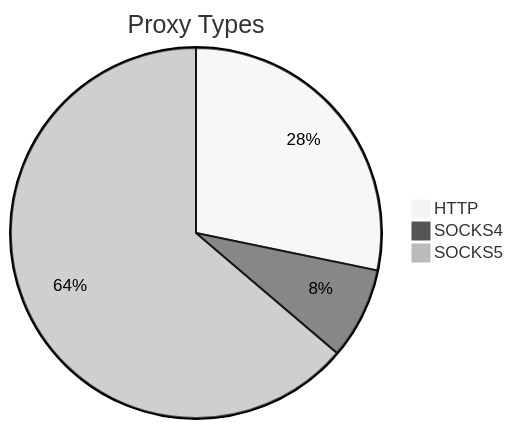
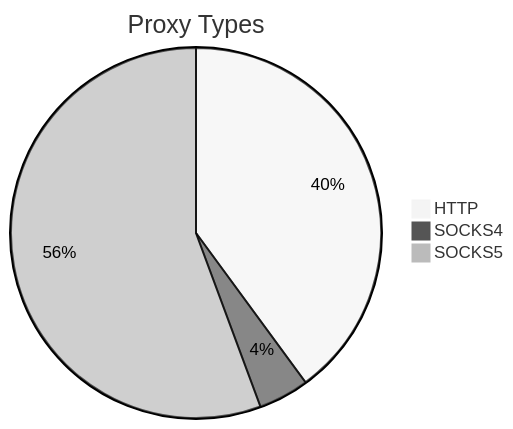
Before and after one commit to stormsia/proxy-list: the first of 2 diagrams in README.md, drawn with Mermaid (neutral theme). The commit also changed other lines of this file, not shown here.

````diff
--- a/README.md
+++ b/README.md
@@ -21,6 +21,6 @@
 ```mermaid
 pie title Proxy Types
-    "HTTP" : 244
-    "SOCKS4" : 69
-    "SOCKS5" : 551
+    "HTTP" : 226
+    "SOCKS4" : 25
+    "SOCKS5" : 315
 ```
````
